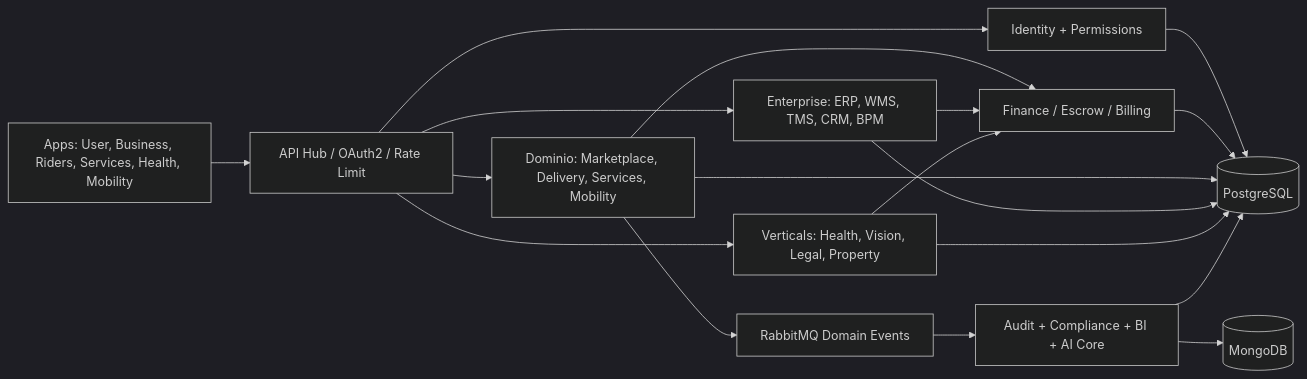
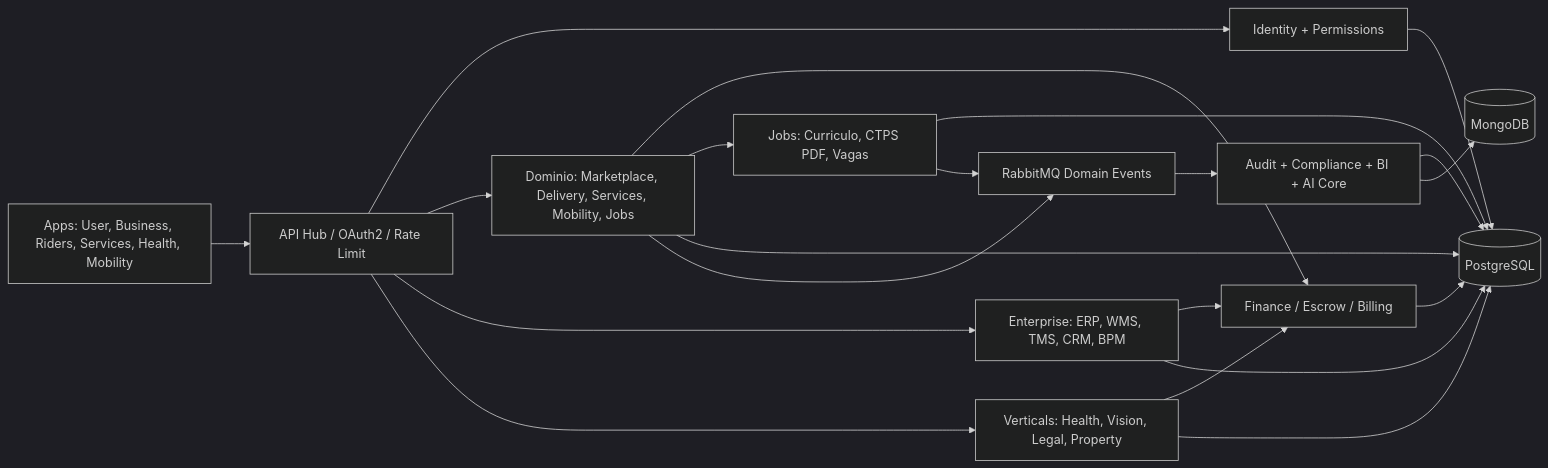
The first of 2 diagrams in docs/ARCHITECTURE.md (andersoninterflow/All-in-One), drawn with Mermaid (dark theme) before and after one commit. The commit also changed other lines of this file and 140 other files, not shown here.

First line of the commit message:
Implement domain engine and Jobs CTPS resume flow (#3)

````diff
--- a/docs/ARCHITECTURE.md
+++ b/docs/ARCHITECTURE.md
@@ -14,20 +16,23 @@
 ```mermaid
 flowchart LR
   U["Apps: User, Business, Riders, Services, Health, Mobility"] --> G["API Hub / OAuth2 / Rate Limit"]
   G --> I["Identity + Permissions"]
-  G --> D["Dominio: Marketplace, Delivery, Services, Mobility"]
+  G --> D["Dominio: Marketplace, Delivery, Services, Mobility, Jobs"]
   G --> E["Enterprise: ERP, WMS, TMS, CRM, BPM"]
   G --> V["Verticals: Health, Vision, Legal, Property"]
   D --> F["Finance / Escrow / Billing"]
+  D --> J["Jobs: Curriculo, CTPS PDF, Vagas"]
+  J --> P
+  J --> Q
   E --> F
   V --> F
   I --> P[("PostgreSQL")]
   F --> P
   D --> P
   E --> P
   V --> P
   D --> Q["RabbitMQ Domain Events"]
   Q --> A["Audit + Compliance + BI + AI Core"]
   A --> P
   A --> M[("MongoDB")]
 ```
````
